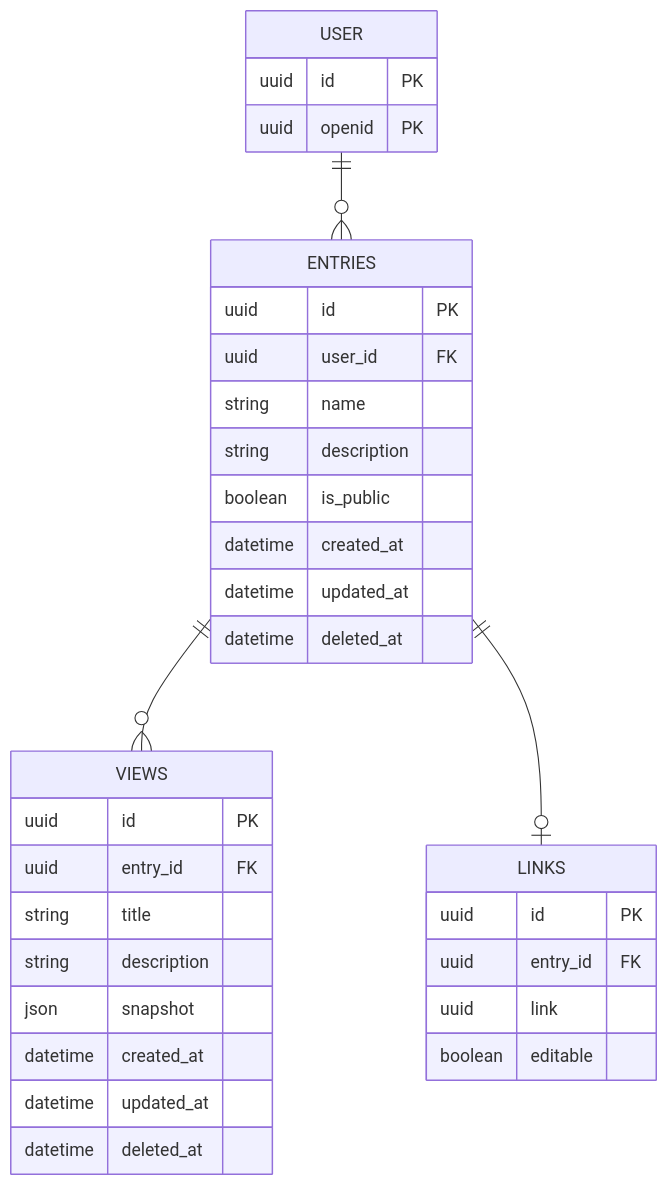
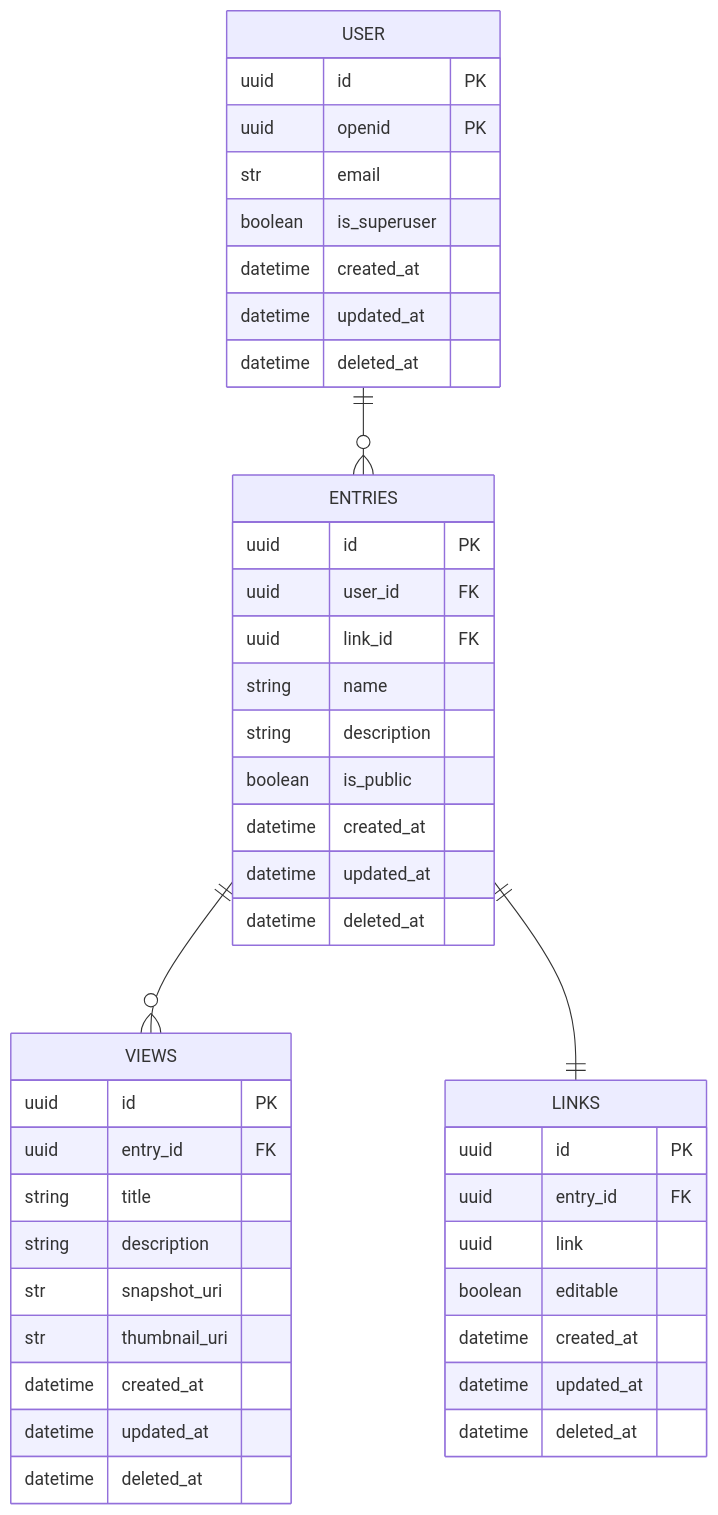
One commit to MergunFrimen/cellim-viewer changed the diagram in backend/docs/erd.mermaid. Above: the diagram before and after it, drawn with Mermaid.

```diff
--- a/backend/docs/erd.mermaid
+++ b/backend/docs/erd.mermaid
@@ -1,65 +1,53 @@
 erDiagram
 
     USER {
         uuid id PK
         uuid openid PK
+        str email
+        boolean is_superuser
+
+        datetime created_at
+        datetime updated_at
+        datetime deleted_at
     }
 
     ENTRIES {
         uuid id PK
         uuid user_id FK
+        uuid link_id FK
         string name
         string description
         boolean is_public
+
         datetime created_at
         datetime updated_at
         datetime deleted_at
     }
     
     VIEWS {
         uuid id PK
         uuid entry_id FK
         string title
         string description
-        json snapshot
+        str snapshot_uri
+        str thumbnail_uri
+
         datetime created_at
         datetime updated_at
         datetime deleted_at
     }
 
     LINKS {
         uuid id PK
         uuid entry_id FK
         uuid link
         boolean editable
+
+        datetime created_at
+        datetime updated_at
+        datetime deleted_at
     }
-        
-    %% VOLUMES {
-    %%     int id PK
-    %%     int entry_id FK
-    %%     string description
-    %%     string source_url 
-    %%     datetime uploaded_at
-    %% }
-
-    %% SEGMENTATIONS {
-    %%     int id PK
-    %%     int volume_id FK
-    %%     string description
-    %%     string source_url 
-    %% }
-
-    %% SEGMENTS {
-    %%     int id PK
-    %%     int segmentation_id FK
-    %%     string description
-    %%     string source_url 
-    %% }
-        
+                
     USER ||--o{ ENTRIES : ""
     ENTRIES ||--o{ VIEWS : ""
-    ENTRIES ||--o| LINKS : ""
-    %% ENTRIES }o--o| VOLUMES : ""
-    %% VOLUMES ||--o{ SEGMENTATIONS : ""
-    %% SEGMENTATIONS ||--o{ SEGMENTS : ""
-    %% PUBLIC_ENTRIES ||--o{ ENTRIES : ""
+    ENTRIES ||--|| LINKS : ""
```
